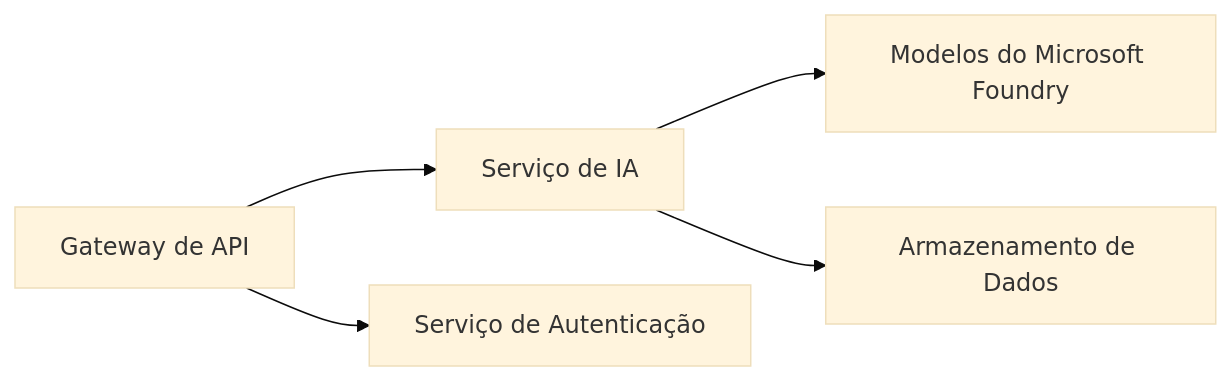
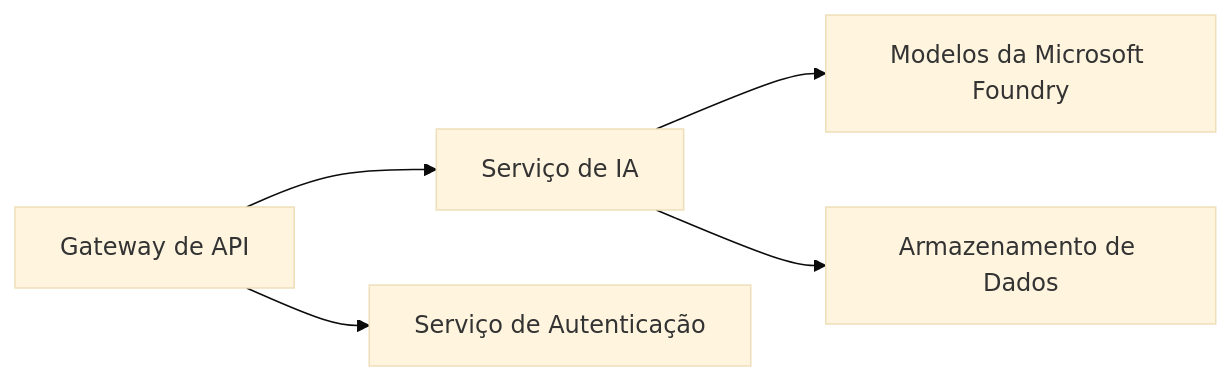
One commit to microsoft/AZD-for-beginners changed the first of 2 diagrams in translations/pt-BR/docs/chapter-08-production/README.md. Above: the diagram before and after it, drawn with Mermaid (base theme). The commit also changed other lines of this file and 101 other files, not shown here.

````diff
--- a/translations/pt-BR/docs/chapter-08-production/README.md
+++ b/translations/pt-BR/docs/chapter-08-production/README.md
@@ -46,6 +48,6 @@
 ```mermaid
 graph LR
-    Gateway[Gateway de API] --> AI[Serviço de IA] --> Models[Modelos do Microsoft Foundry]
+    Gateway[Gateway de API] --> AI[Serviço de IA] --> Models[Modelos da Microsoft Foundry]
     Gateway --> Auth[Serviço de Autenticação]
     AI --> Data[Armazenamento de Dados]
 ```
````
